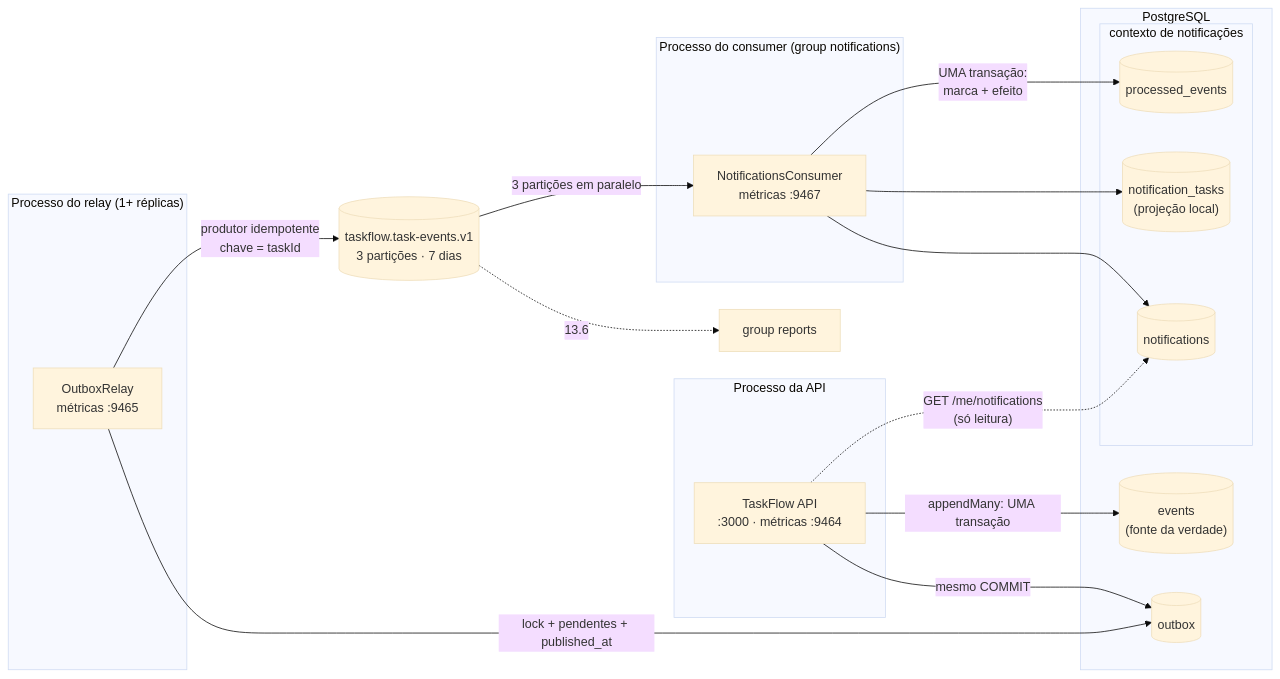
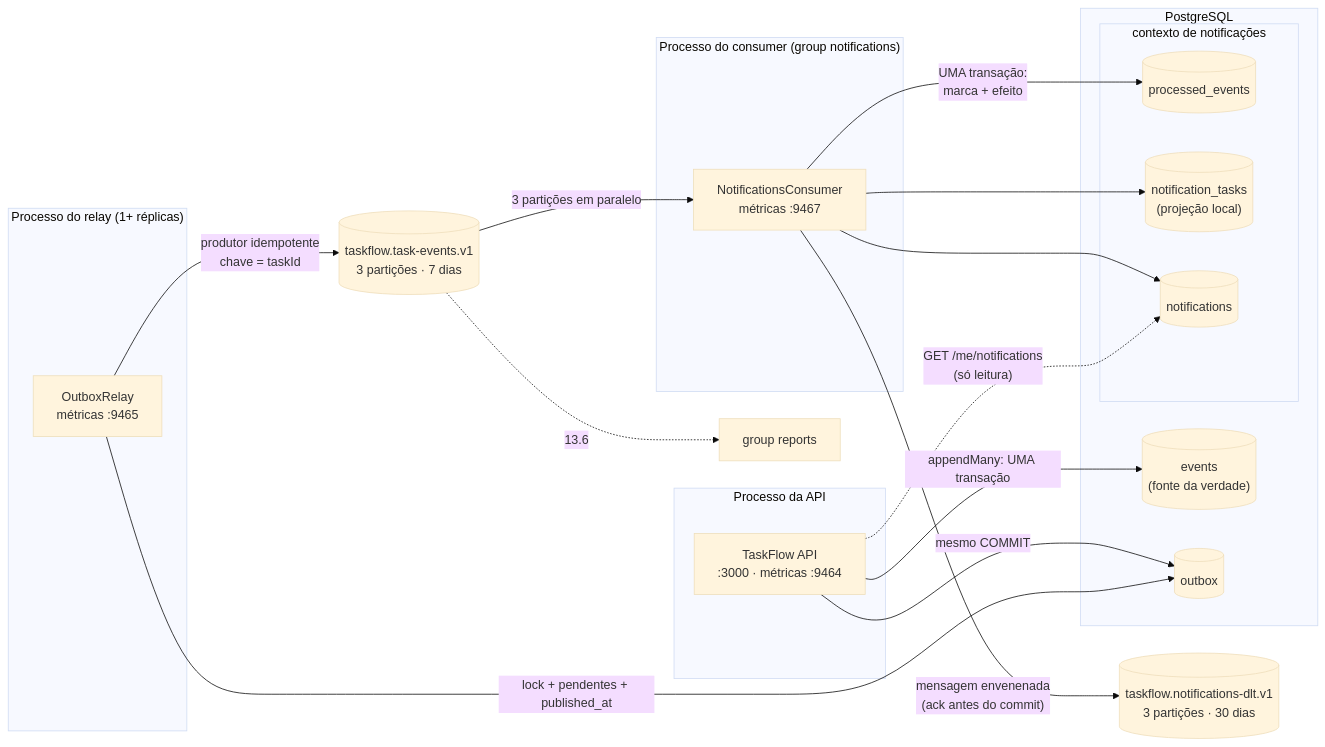
The diagram in docs/modules/13-mensageria-kafka.md (cassiocidrini/TaskFlow), drawn with Mermaid (base theme) before and after one commit. The commit also changed other lines of this file and 15 other files, not shown here.

````diff
--- a/docs/modules/13-mensageria-kafka.md
+++ b/docs/modules/13-mensageria-kafka.md
@@ -55,31 +56,32 @@
 ```mermaid
 flowchart LR
     subgraph api["Processo da API"]
         API["TaskFlow API<br/>:3000 · métricas :9464"]
     end
     subgraph pg["PostgreSQL"]
         EV[("events<br/>(fonte da verdade)")]
         OB[("outbox")]
         subgraph nctx["contexto de notificações"]
             PE[("processed_events")]
             NT[("notification_tasks<br/>(projeção local)")]
             NO[("notifications")]
         end
     end
     subgraph relay["Processo do relay (1+ réplicas)"]
         R["OutboxRelay<br/>métricas :9465"]
     end
     subgraph cons["Processo do consumer (group notifications)"]
         C["NotificationsConsumer<br/>métricas :9467"]
     end
     API -->|"appendMany: UMA transação"| EV
     API -->|"mesmo COMMIT"| OB
     R -->|"lock + pendentes + published_at"| OB
     R -->|"produtor idempotente<br/>chave = taskId"| T1[("taskflow.task-events.v1<br/>3 partições · 7 dias")]
     T1 -->|"3 partições em paralelo"| C
+    C -->|"mensagem envenenada<br/>(ack antes do commit)"| DLT[("taskflow.notifications-dlt.v1<br/>3 partições · 30 dias")]
     C -->|"UMA transação:<br/>marca + efeito"| PE
     C --> NT
     C --> NO
     API -.->|"GET /me/notifications<br/>(só leitura)"| NO
     T1 -.->|"13.6"| REP["group reports"]
 ```
````
